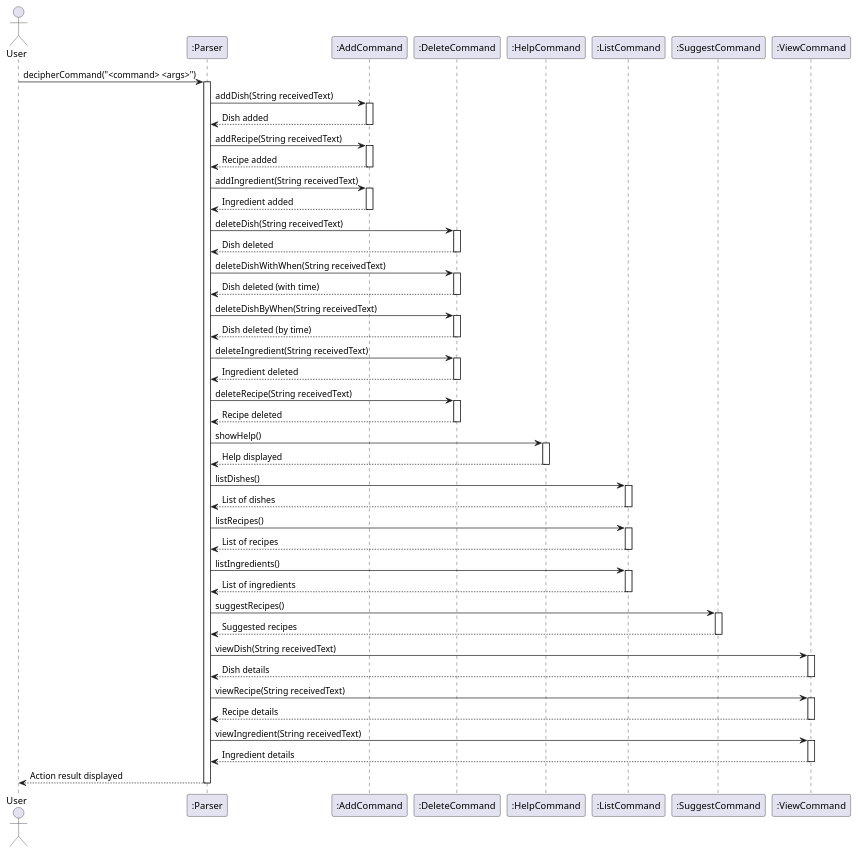
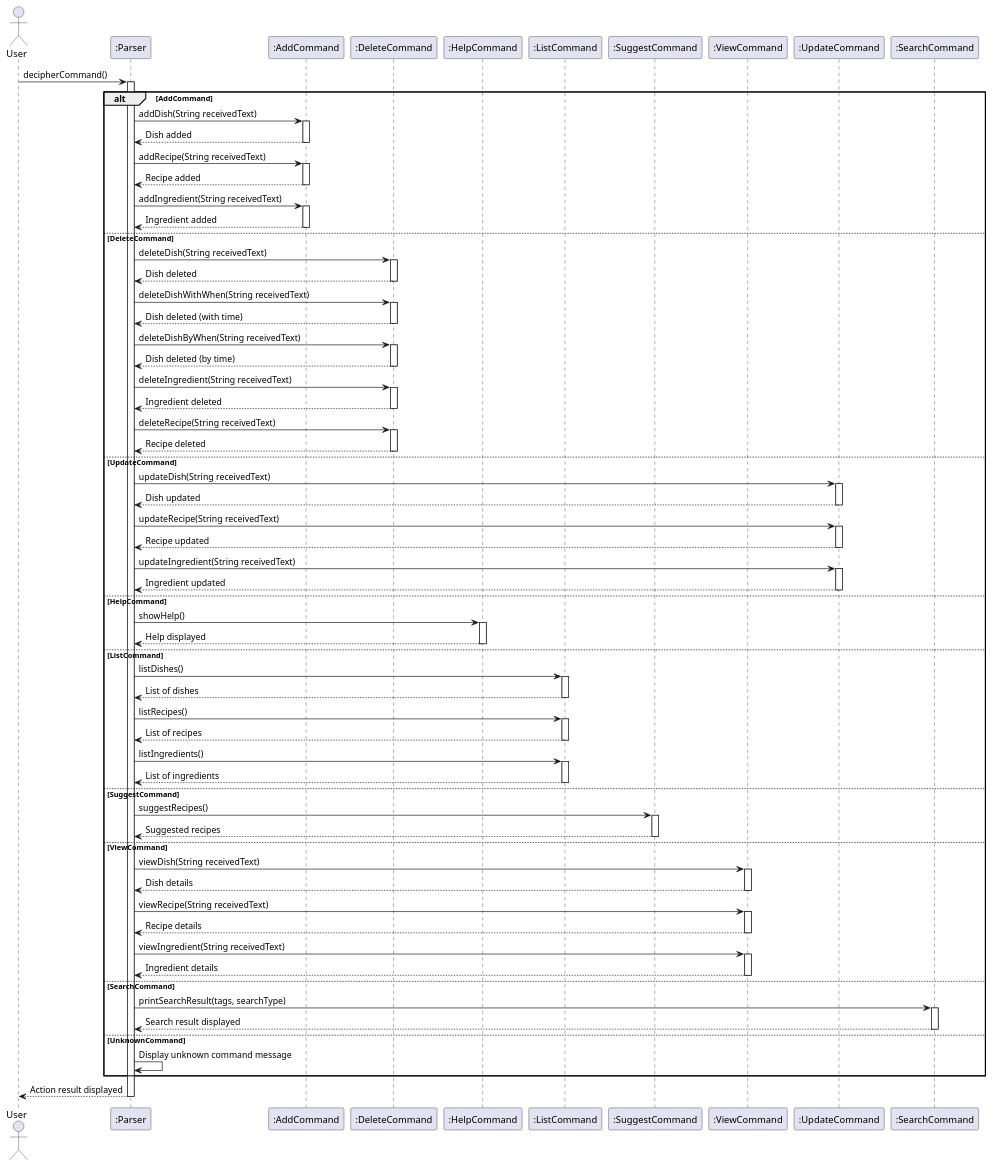
Before and after one commit to whalesyong/tp: the diagram in src/main/java/seedu/cookingaids/diagrams/Commands.puml, drawn with PlantUML. The commit also changed 5 other files, not shown here.

Commit message:
Updated DG and diagrams Minor refactoring in parser

```diff
--- a/src/main/java/seedu/cookingaids/diagrams/Commands.puml
+++ b/src/main/java/seedu/cookingaids/diagrams/Commands.puml
@@ -1,97 +1,130 @@
 @startuml
 actor User
 participant ":Parser" as Parser
 participant ":AddCommand" as AddCommand
 participant ":DeleteCommand" as DeleteCommand
 participant ":HelpCommand" as HelpCommand
 participant ":ListCommand" as ListCommand
 participant ":SuggestCommand" as SuggestCommand
 participant ":ViewCommand" as ViewCommand
+participant ":UpdateCommand" as UpdateCommand
+participant ":SearchCommand" as SearchCommand
 
-User -> Parser: decipherCommand("<command> <args>")
+User -> Parser: decipherCommand()
 activate Parser
 
-Parser -> AddCommand: addDish(String receivedText)
-activate AddCommand
-AddCommand --> Parser: Dish added
-deactivate AddCommand
+alt AddCommand
+    Parser -> AddCommand: addDish(String receivedText)
+    activate AddCommand
+    AddCommand --> Parser: Dish added
+    deactivate AddCommand
 
-Parser -> AddCommand: addRecipe(String receivedText)
-activate AddCommand
-AddCommand --> Parser: Recipe added
-deactivate AddCommand
+    Parser -> AddCommand: addRecipe(String receivedText)
+    activate AddCommand
+    AddCommand --> Parser: Recipe added
+    deactivate AddCommand
 
-Parser -> AddCommand: addIngredient(String receivedText)
-activate AddCommand
-AddCommand --> Parser: Ingredient added
-deactivate AddCommand
+    Parser -> AddCommand: addIngredient(String receivedText)
+    activate AddCommand
+    AddCommand --> Parser: Ingredient added
+    deactivate AddCommand
 
-Parser -> DeleteCommand: deleteDish(String receivedText)
-activate DeleteCommand
-DeleteCommand --> Parser: Dish deleted
-deactivate DeleteCommand
+else DeleteCommand
+    Parser -> DeleteCommand: deleteDish(String receivedText)
+    activate DeleteCommand
+    DeleteCommand --> Parser: Dish deleted
+    deactivate DeleteCommand
 
-Parser -> DeleteCommand: deleteDishWithWhen(String receivedText)
-activate DeleteCommand
-DeleteCommand --> Parser: Dish deleted (with time)
-deactivate DeleteCommand
+    Parser -> DeleteCommand: deleteDishWithWhen(String receivedText)
+    activate DeleteCommand
+    DeleteCommand --> Parser: Dish deleted (with time)
+    deactivate DeleteCommand
 
-Parser -> DeleteCommand: deleteDishByWhen(String receivedText)
-activate DeleteCommand
-DeleteCommand --> Parser: Dish deleted (by time)
-deactivate DeleteCommand
+    Parser -> DeleteCommand: deleteDishByWhen(String receivedText)
+    activate DeleteCommand
+    DeleteCommand --> Parser: Dish deleted (by time)
+    deactivate DeleteCommand
 
-Parser -> DeleteCommand: deleteIngredient(String receivedText)
-activate DeleteCommand
-DeleteCommand --> Parser: Ingredient deleted
-deactivate DeleteCommand
+    Parser -> DeleteCommand: deleteIngredient(String receivedText)
+    activate DeleteCommand
+    DeleteCommand --> Parser: Ingredient deleted
+    deactivate DeleteCommand
 
-Parser -> DeleteCommand: deleteRecipe(String receivedText)
-activate DeleteCommand
-DeleteCommand --> Parser: Recipe deleted
-deactivate DeleteCommand
+    Parser -> DeleteCommand: deleteRecipe(String receivedText)
+    activate DeleteCommand
+    DeleteCommand --> Parser: Recipe deleted
+    deactivate DeleteCommand
 
-Parser -> HelpCommand: showHelp()
-activate HelpCommand
-HelpCommand --> Parser: Help displayed
-deactivate HelpCommand
+else UpdateCommand
+    Parser -> UpdateCommand: updateDish(String receivedText)
+    activate UpdateCommand
+    UpdateCommand --> Parser: Dish updated
+    deactivate UpdateCommand
 
-Parser -> ListCommand: listDishes()
-activate ListCommand
-ListCommand --> Parser: List of dishes
-deactivate ListCommand
+    Parser -> UpdateCommand: updateRecipe(String receivedText)
+    activate UpdateCommand
+    UpdateCommand --> Parser: Recipe updated
+    deactivate UpdateCommand
 
-Parser -> ListCommand: listRecipes()
-activate ListCommand
-ListCommand --> Parser: List of recipes
-deactivate ListCommand
+    Parser -> UpdateCommand: updateIngredient(String receivedText)
+    activate UpdateCommand
+    UpdateCommand --> Parser: Ingredient updated
+    deactivate UpdateCommand
 
-Parser -> ListCommand: listIngredients()
-activate ListCommand
-ListCommand --> Parser: List of ingredients
-deactivate ListCommand
+else HelpCommand
+    Parser -> HelpCommand: showHelp()
+    activate HelpCommand
+    HelpCommand --> Parser: Help displayed
+    deactivate HelpCommand
 
-Parser -> SuggestCommand: suggestRecipes()
-activate SuggestCommand
-SuggestCommand --> Parser: Suggested recipes
-deactivate SuggestCommand
+else ListCommand
+    Parser -> ListCommand: listDishes()
+    activate ListCommand
+    ListCommand --> Parser: List of dishes
+    deactivate ListCommand
 
-Parser -> ViewCommand: viewDish(String receivedText)
-activate ViewCommand
-ViewCommand --> Parser: Dish details
-deactivate ViewCommand
+    Parser -> ListCommand: listRecipes()
+    activate ListCommand
+    ListCommand --> Parser: List of recipes
+    deactivate ListCommand
 
-Parser -> ViewCommand: viewRecipe(String receivedText)
-activate ViewCommand
-ViewCommand --> Parser: Recipe details
-deactivate ViewCommand
+    Parser -> ListCommand: listIngredients()
+    activate ListCommand
+    ListCommand --> Parser: List of ingredients
+    deactivate ListCommand
 
-Parser -> ViewCommand: viewIngredient(String receivedText)
-activate ViewCommand
-ViewCommand --> Parser: Ingredient details
-deactivate ViewCommand
+else SuggestCommand
+    Parser -> SuggestCommand: suggestRecipes()
+    activate SuggestCommand
+    SuggestCommand --> Parser: Suggested recipes
+    deactivate SuggestCommand
+
+else ViewCommand
+    Parser -> ViewCommand: viewDish(String receivedText)
+    activate ViewCommand
+    ViewCommand --> Parser: Dish details
+    deactivate ViewCommand
+
+    Parser -> ViewCommand: viewRecipe(String receivedText)
+    activate ViewCommand
+    ViewCommand --> Parser: Recipe details
+    deactivate ViewCommand
+
+    Parser -> ViewCommand: viewIngredient(String receivedText)
+    activate ViewCommand
+    ViewCommand --> Parser: Ingredient details
+    deactivate ViewCommand
+
+else SearchCommand
+    Parser -> SearchCommand: printSearchResult(tags, searchType)
+    activate SearchCommand
+    SearchCommand --> Parser: Search result displayed
+    deactivate SearchCommand
+
+else UnknownCommand
+    Parser -> Parser: Display unknown command message
+end
 
 Parser --> User: Action result displayed
-
 deactivate Parser
 @enduml
```
